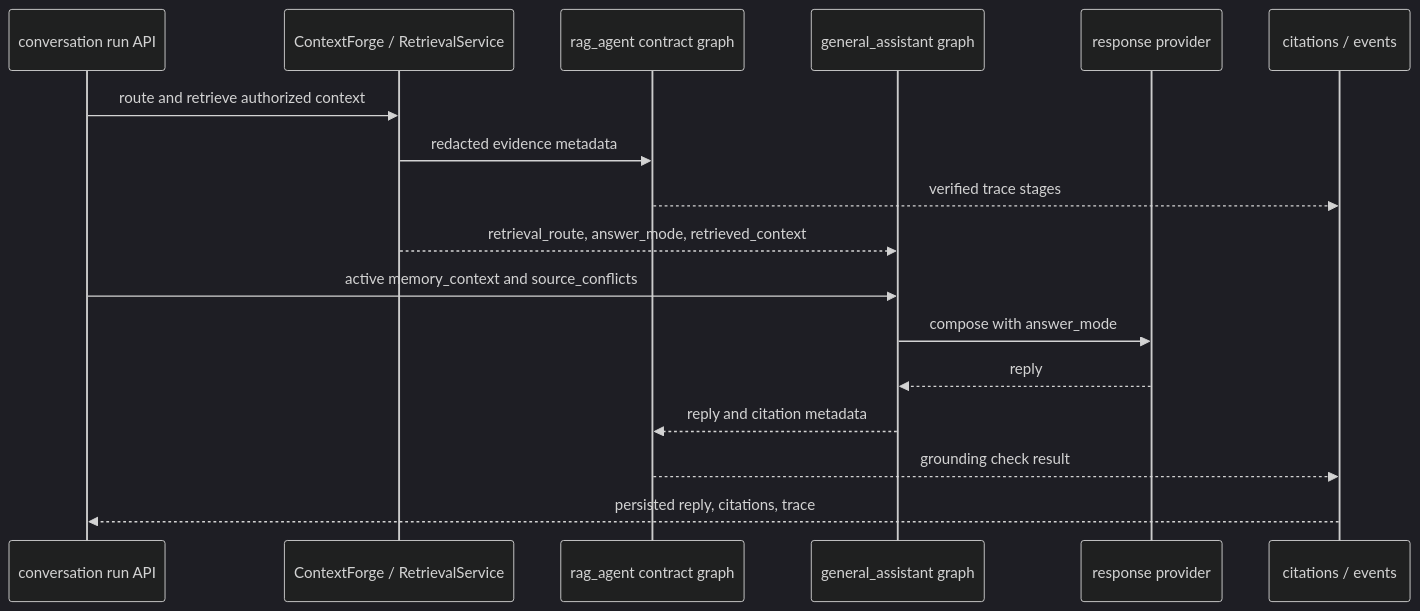
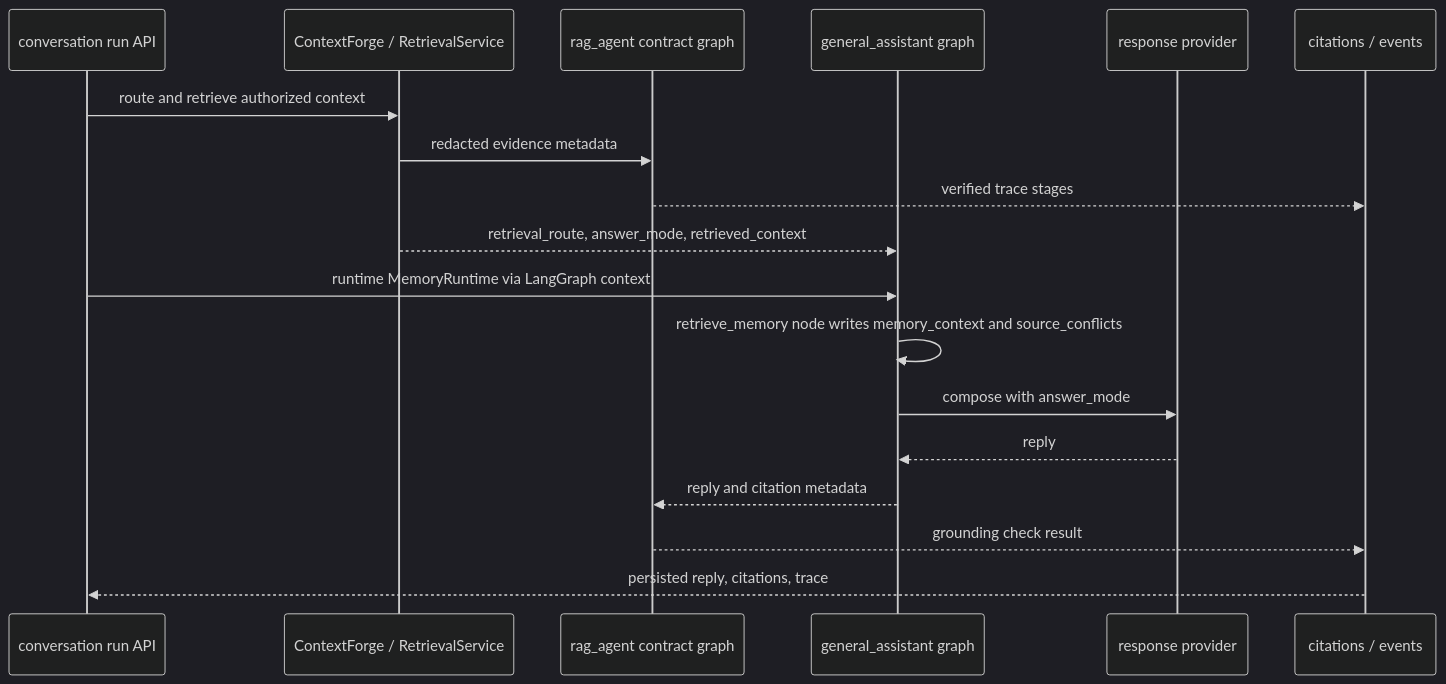
Before and after one commit to heecheon92/my-agents: the second of 2 diagrams in my_agents/agents/general_assistant/README.en.md, drawn with Mermaid (dark theme). The commit also changed other lines of this file and 30 other files, not shown here.

First line of the commit message:
Preserve graph memory audit boundaries

````diff
--- a/my_agents/agents/general_assistant/README.en.md
+++ b/my_agents/agents/general_assistant/README.en.md
@@ -60,20 +62,21 @@
 ```mermaid
 sequenceDiagram
     participant RunAPI as conversation run API
     participant Retrieval as ContextForge / RetrievalService
     participant RAG as rag_agent contract graph
     participant Graph as general_assistant graph
     participant Provider as response provider
     participant Events as citations / events
 
     RunAPI->>Retrieval: route and retrieve authorized context
     Retrieval->>RAG: redacted evidence metadata
     RAG-->>Events: verified trace stages
     Retrieval-->>Graph: retrieval_route, answer_mode, retrieved_context
-    RunAPI->>Graph: active memory_context and source_conflicts
+    RunAPI->>Graph: runtime MemoryRuntime via LangGraph context
+    Graph->>Graph: retrieve_memory node writes memory_context and source_conflicts
     Graph->>Provider: compose with answer_mode
     Provider-->>Graph: reply
     Graph-->>RAG: reply and citation metadata
     RAG-->>Events: grounding check result
     Events-->>RunAPI: persisted reply, citations, trace
 ```
````
